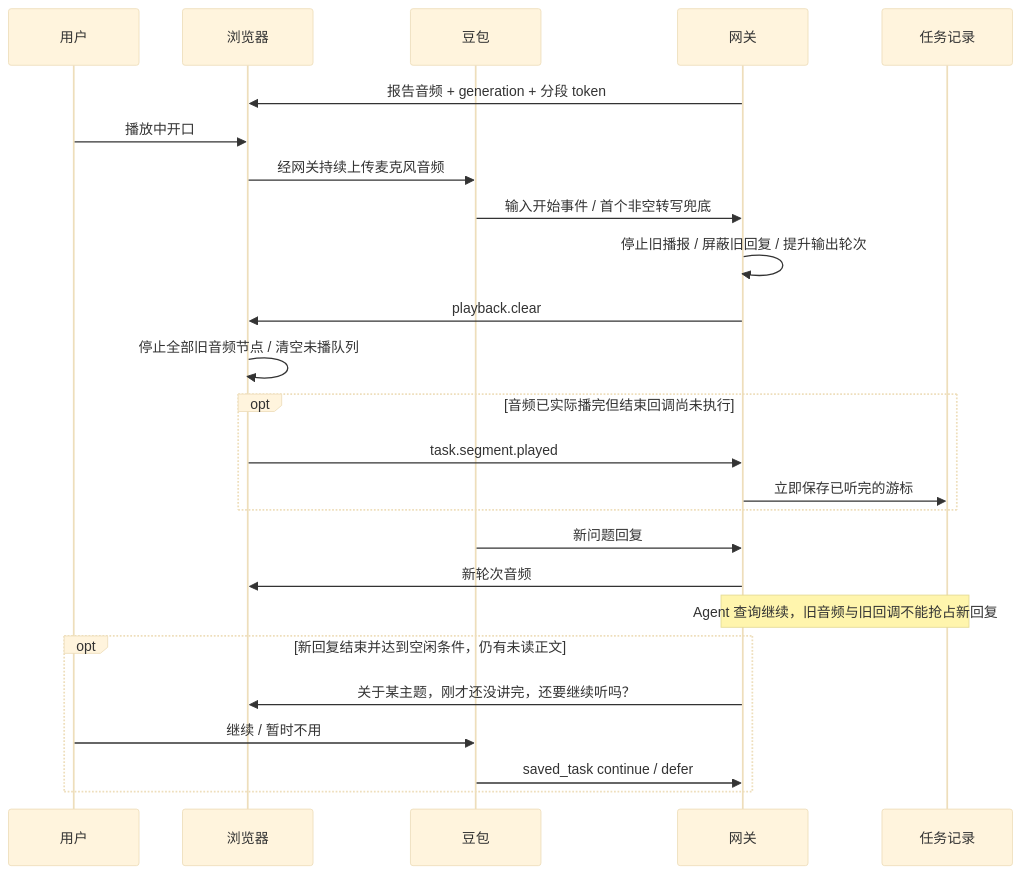
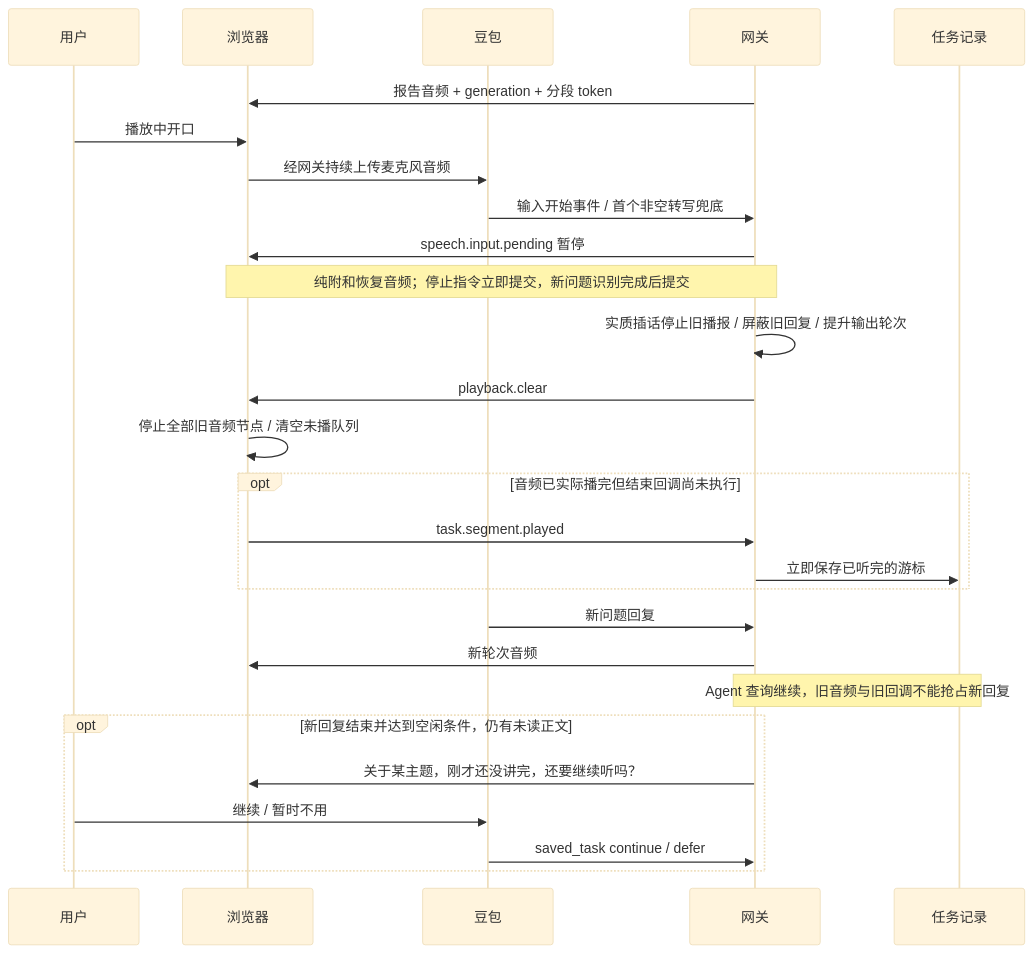
One commit to wpyNJU/portal-desktop changed the fifth of 5 diagrams in services/voice-gateway/FLOW.md. Above: the diagram before and after it, drawn with Mermaid (base theme). The commit also changed other lines of this file and 63 other files, not shown here.

````diff
--- a/services/voice-gateway/FLOW.md
+++ b/services/voice-gateway/FLOW.md
@@ -132,27 +146,29 @@
 ```mermaid
 sequenceDiagram
     participant U as 用户
     participant B as 浏览器
     participant D as 豆包
     participant G as 网关
     participant T as 任务记录
     G->>B: 报告音频 + generation + 分段 token
     U->>B: 播放中开口
     B->>D: 经网关持续上传麦克风音频
     D->>G: 输入开始事件 / 首个非空转写兜底
-    G->>G: 停止旧播报 / 屏蔽旧回复 / 提升输出轮次
+    G->>B: speech.input.pending 暂停
+    Note over B,G: 纯附和恢复音频；停止指令立即提交，新问题识别完成后提交
+    G->>G: 实质插话停止旧播报 / 屏蔽旧回复 / 提升输出轮次
     G->>B: playback.clear
     B->>B: 停止全部旧音频节点 / 清空未播队列
     opt 音频已实际播完但结束回调尚未执行
         B->>G: task.segment.played
         G->>T: 立即保存已听完的游标
     end
     D->>G: 新问题回复
     G->>B: 新轮次音频
     Note over G,T: Agent 查询继续，旧音频与旧回调不能抢占新回复
     opt 新回复结束并达到空闲条件，仍有未读正文
         G->>B: 关于某主题，刚才还没讲完，还要继续听吗？
         U->>D: 继续 / 暂时不用
         D->>G: saved_task continue / defer
     end
 ```
````
